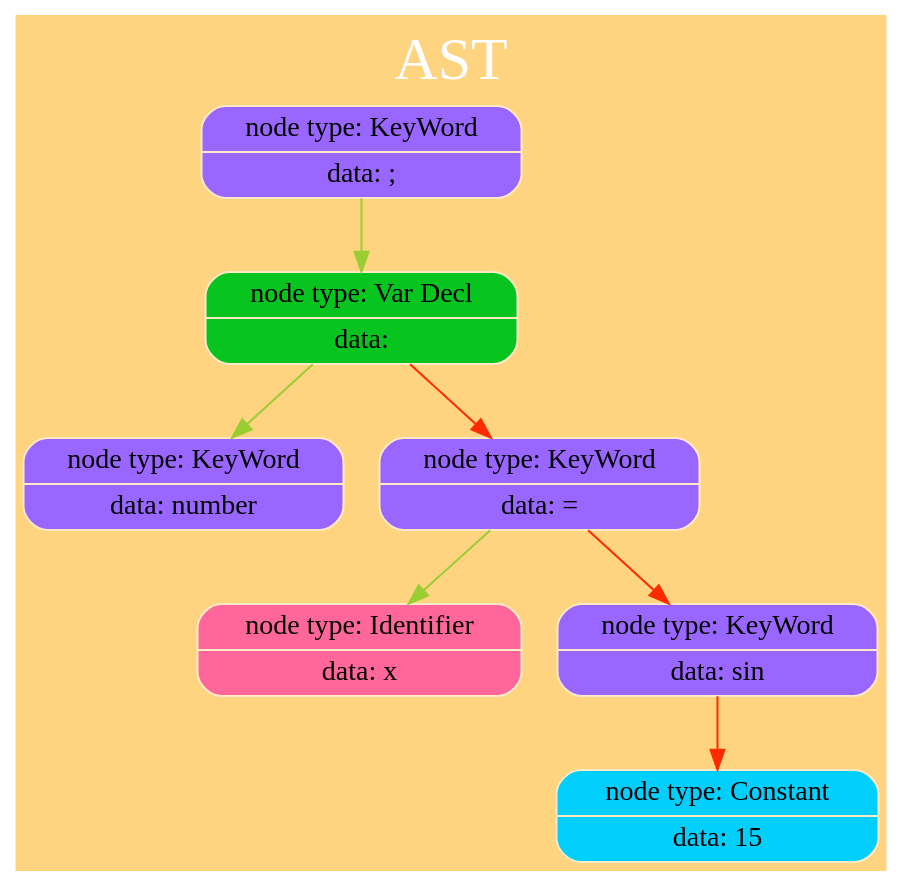
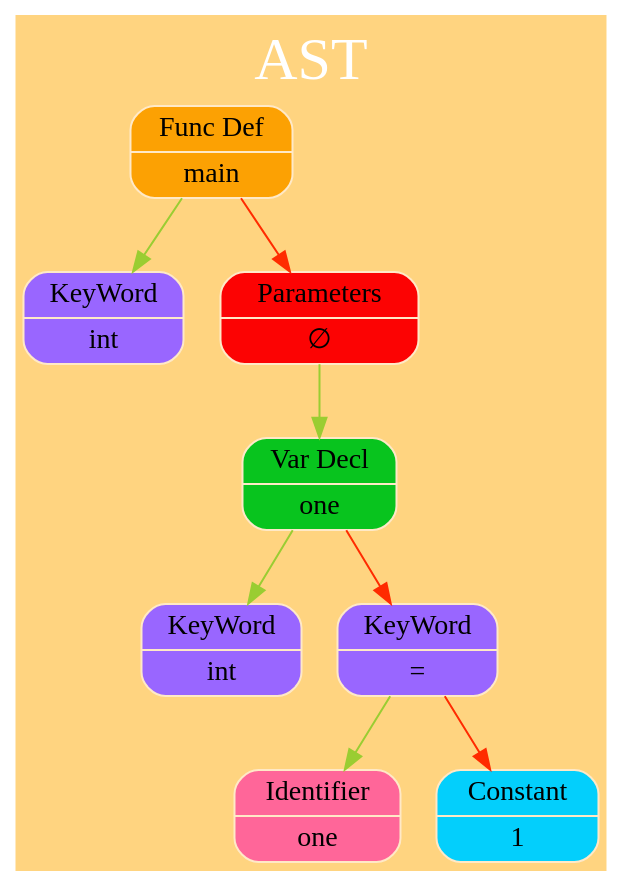
The diagram in Tree/dump/TreeGraph.dot (kand1bober/OOSD-Language), drawn with Graphviz before and after one commit. The commit also changed 12 other files, not shown here.

```diff
--- a/Tree/dump/TreeGraph.dot
+++ b/Tree/dump/TreeGraph.dot
@@ -1,18 +1,19 @@
 digraph G
 {
 charset="latin1";
 label="AST";
 labelloc="t";
 fontsize=30
 fontname="Verdana";
 fontcolor="#FFFFFF"
 
 rankdir=TB;size="200,300";bgcolor="#ffd480";
- node_0x504000000290 [shape=record,style="rounded,filled",fillcolor="#9966FF",color="#FFE9C7",label=" { { node type: KeyWord } | { data: ; } } " ]; node_0x504000000290 -> node_0x504000000190 [color = "#9ACD32", arrowsize = 1] ;
- node_0x504000000190 [shape=record,style="rounded,filled",fillcolor="#08c41e",color="#FFE9C7",label=" { { node type: Var Decl } | { data:  } } " ]; node_0x504000000190 -> node_0x504000000110 [color = "#9ACD32", arrowsize = 1] ;
- node_0x504000000110 [shape=record,style="rounded,filled",fillcolor="#9966FF",color="#FFE9C7",label=" { { node type: KeyWord } | { data: number } } " ]; node_0x504000000190 -> node_0x5040000001d0 [color = "#FF2B00", arrowsize = 1] ;
- node_0x5040000001d0 [shape=record,style="rounded,filled",fillcolor="#9966FF",color="#FFE9C7",label=" { { node type: KeyWord } | { data: = } } " ]; node_0x5040000001d0 -> node_0x504000000150 [color = "#9ACD32", arrowsize = 1] ;
- node_0x504000000150 [shape=record,style="rounded,filled",fillcolor="#ff6699",color="#FFE9C7",label=" { { node type: Identifier } | { data: x } } " ]; node_0x5040000001d0 -> node_0x504000000210 [color = "#FF2B00", arrowsize = 1] ;
- node_0x504000000210 [shape=record,style="rounded,filled",fillcolor="#9966FF",color="#FFE9C7",label=" { { node type: KeyWord } | { data: sin } } " ]; node_0x504000000210 -> node_0x504000000250 [color = "#FF2B00", arrowsize = 1] ;
- node_0x504000000250 [shape=record,style="rounded,filled",fillcolor="#03cffc",color="#FFE9C7",label=" { { node type: Constant } | { data: 15 } } " ]; 
+ node_0x504000000190 [shape=record,style="rounded,filled",fillcolor="#fca103",color="#FFE9C7",label=" { { Func Def } | { main } } " ]; node_0x504000000190 -> node_0x504000000150 [color = "#9ACD32", arrowsize = 1] ;
+ node_0x504000000150 [shape=record,style="rounded,filled",fillcolor="#9966FF",color="#FFE9C7",label=" { { KeyWord } | { int } } " ]; node_0x504000000190 -> node_0x5040000001d0 [color = "#FF2B00", arrowsize = 1] ;
+ node_0x5040000001d0 [shape=record,style="rounded,filled",fillcolor="#fc0303",color="#FFE9C7",label=" { { Parameters } | { &#8709; } } " ]; node_0x5040000001d0 -> node_0x504000000290 [color = "#9ACD32", arrowsize = 1] ;
+ node_0x504000000290 [shape=record,style="rounded,filled",fillcolor="#08c41e",color="#FFE9C7",label=" { { Var Decl } | { one } } " ]; node_0x504000000290 -> node_0x504000000210 [color = "#9ACD32", arrowsize = 1] ;
+ node_0x504000000210 [shape=record,style="rounded,filled",fillcolor="#9966FF",color="#FFE9C7",label=" { { KeyWord } | { int } } " ]; node_0x504000000290 -> node_0x5040000002d0 [color = "#FF2B00", arrowsize = 1] ;
+ node_0x5040000002d0 [shape=record,style="rounded,filled",fillcolor="#9966FF",color="#FFE9C7",label=" { { KeyWord } | { &#x3D; } } " ]; node_0x5040000002d0 -> node_0x504000000250 [color = "#9ACD32", arrowsize = 1] ;
+ node_0x504000000250 [shape=record,style="rounded,filled",fillcolor="#ff6699",color="#FFE9C7",label=" { { Identifier } | { one } } " ]; node_0x5040000002d0 -> node_0x504000000310 [color = "#FF2B00", arrowsize = 1] ;
+ node_0x504000000310 [shape=record,style="rounded,filled",fillcolor="#03cffc",color="#FFE9C7",label=" { { Constant } | { 1 } } " ]; 
 }
```
